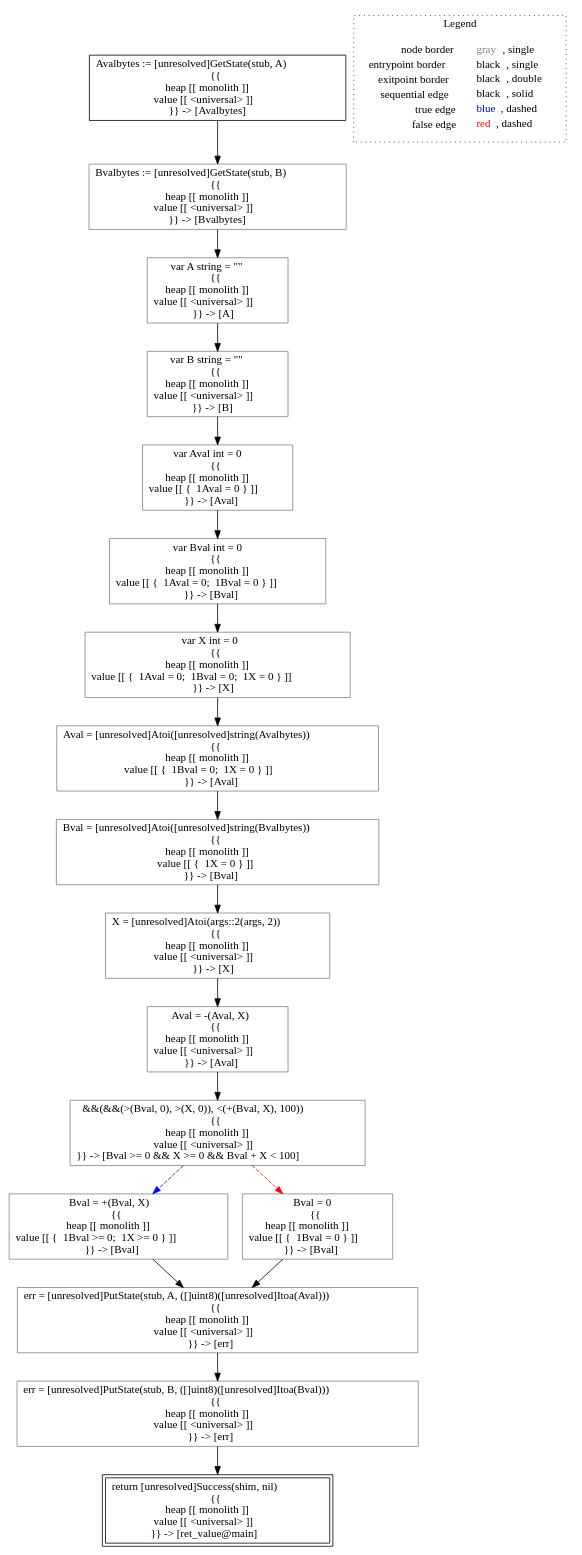
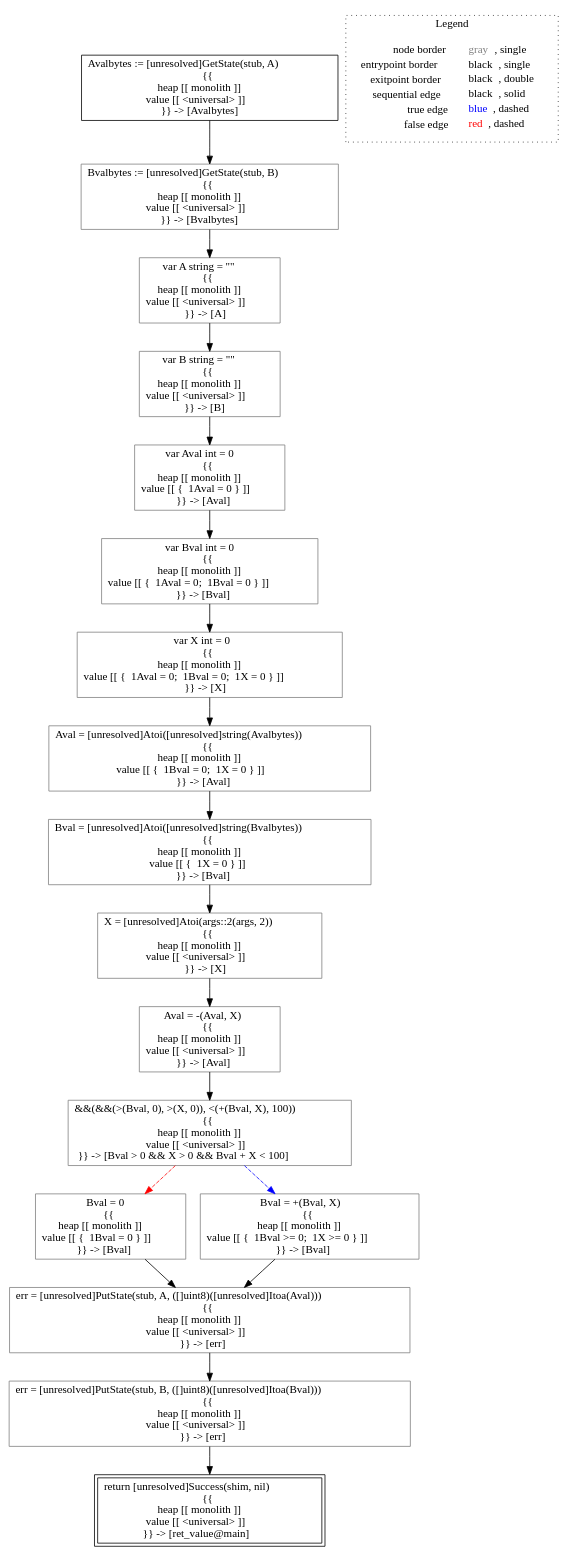
Before and after one commit to lisa-analyzer/go-lisa: the diagram in go-lisa/go-testcases/apron/sm2/protected/box/analysis___pb.Response_~LiSAProgram.main(shim.ChaincodeStubInterface_stub,_[]string_args).dot, drawn with Graphviz. The commit also changed 9 other files, not shown here.

```diff
--- a/go-lisa/go-testcases/apron/sm2/protected/box/analysis___pb.Response_~LiSAProgram.main(shim.ChaincodeStubInterface_stub,_[]string_args).dot
+++ b/go-lisa/go-testcases/apron/sm2/protected/box/analysis___pb.Response_~LiSAProgram.main(shim.ChaincodeStubInterface_stub,_[]string_args).dot
@@ -1,43 +1,43 @@
 digraph {
 	"node0" [shape="rect",color="black",label=<Avalbytes := [unresolved]GetState(stub, A)<BR/>{{<BR/>heap [[ monolith ]]<BR/>value [[ &lt;universal&gt; ]]<BR/>}} -&gt; [Avalbytes]>];
-	"node1" [shape="rect",color="gray",label=<var Aval int = 0<BR/>{{<BR/>heap [[ monolith ]]<BR/>value [[ {  1Aval = 0 } ]]<BR/>}} -&gt; [Aval]>];
-	"node2" [shape="rect",color="gray",label=<X = [unresolved]Atoi(args::2(args, 2))<BR/>{{<BR/>heap [[ monolith ]]<BR/>value [[ &lt;universal&gt; ]]<BR/>}} -&gt; [X]>];
-	"node3" [shape="rect",color="gray",label=<Bvalbytes := [unresolved]GetState(stub, B)<BR/>{{<BR/>heap [[ monolith ]]<BR/>value [[ &lt;universal&gt; ]]<BR/>}} -&gt; [Bvalbytes]>];
-	"node4" [shape="rect",color="gray",label=<Bval = [unresolved]Atoi([unresolved]string(Bvalbytes))<BR/>{{<BR/>heap [[ monolith ]]<BR/>value [[ {  1X = 0 } ]]<BR/>}} -&gt; [Bval]>];
-	"node5" [shape="rect",color="gray",label=<Bval = +(Bval, X)<BR/>{{<BR/>heap [[ monolith ]]<BR/>value [[ {  1Bval &gt;= 0;  1X &gt;= 0 } ]]<BR/>}} -&gt; [Bval]>];
-	"node6" [shape="rect",color="black",peripheries="2",label=<return [unresolved]Success(shim, nil)<BR/>{{<BR/>heap [[ monolith ]]<BR/>value [[ &lt;universal&gt; ]]<BR/>}} -&gt; [ret_value@main]>];
-	"node7" [shape="rect",color="gray",label=<var X int = 0<BR/>{{<BR/>heap [[ monolith ]]<BR/>value [[ {  1Aval = 0;  1Bval = 0;  1X = 0 } ]]<BR/>}} -&gt; [X]>];
-	"node8" [shape="rect",color="gray",label=<err = [unresolved]PutState(stub, B, ([]uint8)([unresolved]Itoa(Bval)))<BR/>{{<BR/>heap [[ monolith ]]<BR/>value [[ &lt;universal&gt; ]]<BR/>}} -&gt; [err]>];
-	"node9" [shape="rect",color="gray",label=<Aval = -(Aval, X)<BR/>{{<BR/>heap [[ monolith ]]<BR/>value [[ &lt;universal&gt; ]]<BR/>}} -&gt; [Aval]>];
-	"node10" [shape="rect",color="gray",label=<var Bval int = 0<BR/>{{<BR/>heap [[ monolith ]]<BR/>value [[ {  1Aval = 0;  1Bval = 0 } ]]<BR/>}} -&gt; [Bval]>];
-	"node11" [shape="rect",color="gray",label=<var B string = &quot;&quot;<BR/>{{<BR/>heap [[ monolith ]]<BR/>value [[ &lt;universal&gt; ]]<BR/>}} -&gt; [B]>];
-	"node12" [shape="rect",color="gray",label=<Bval = 0<BR/>{{<BR/>heap [[ monolith ]]<BR/>value [[ {  1Bval = 0 } ]]<BR/>}} -&gt; [Bval]>];
-	"node13" [shape="rect",color="gray",label=<&amp;&amp;(&amp;&amp;(&gt;(Bval, 0), &gt;(X, 0)), &lt;(+(Bval, X), 100))<BR/>{{<BR/>heap [[ monolith ]]<BR/>value [[ &lt;universal&gt; ]]<BR/>}} -&gt; [Bval &gt;= 0 &amp;&amp; X &gt;= 0 &amp;&amp; Bval + X &lt; 100]>];
-	"node14" [shape="rect",color="gray",label=<err = [unresolved]PutState(stub, A, ([]uint8)([unresolved]Itoa(Aval)))<BR/>{{<BR/>heap [[ monolith ]]<BR/>value [[ &lt;universal&gt; ]]<BR/>}} -&gt; [err]>];
-	"node15" [shape="rect",color="gray",label=<var A string = &quot;&quot;<BR/>{{<BR/>heap [[ monolith ]]<BR/>value [[ &lt;universal&gt; ]]<BR/>}} -&gt; [A]>];
-	"node16" [shape="rect",color="gray",label=<Aval = [unresolved]Atoi([unresolved]string(Avalbytes))<BR/>{{<BR/>heap [[ monolith ]]<BR/>value [[ {  1Bval = 0;  1X = 0 } ]]<BR/>}} -&gt; [Aval]>];
-	"node1" -> "node10" [color="black"];
-	"node2" -> "node9" [color="black"];
-	"node3" -> "node15" [color="black"];
+	"node1" [shape="rect",color="gray",label=<err = [unresolved]PutState(stub, B, ([]uint8)([unresolved]Itoa(Bval)))<BR/>{{<BR/>heap [[ monolith ]]<BR/>value [[ &lt;universal&gt; ]]<BR/>}} -&gt; [err]>];
+	"node2" [shape="rect",color="gray",label=<var Aval int = 0<BR/>{{<BR/>heap [[ monolith ]]<BR/>value [[ {  1Aval = 0 } ]]<BR/>}} -&gt; [Aval]>];
+	"node3" [shape="rect",color="gray",label=<err = [unresolved]PutState(stub, A, ([]uint8)([unresolved]Itoa(Aval)))<BR/>{{<BR/>heap [[ monolith ]]<BR/>value [[ &lt;universal&gt; ]]<BR/>}} -&gt; [err]>];
+	"node4" [shape="rect",color="gray",label=<var B string = &quot;&quot;<BR/>{{<BR/>heap [[ monolith ]]<BR/>value [[ &lt;universal&gt; ]]<BR/>}} -&gt; [B]>];
+	"node5" [shape="rect",color="gray",label=<Bval = 0<BR/>{{<BR/>heap [[ monolith ]]<BR/>value [[ {  1Bval = 0 } ]]<BR/>}} -&gt; [Bval]>];
+	"node6" [shape="rect",color="gray",label=<Aval = [unresolved]Atoi([unresolved]string(Avalbytes))<BR/>{{<BR/>heap [[ monolith ]]<BR/>value [[ {  1Bval = 0;  1X = 0 } ]]<BR/>}} -&gt; [Aval]>];
+	"node7" [shape="rect",color="black",peripheries="2",label=<return [unresolved]Success(shim, nil)<BR/>{{<BR/>heap [[ monolith ]]<BR/>value [[ &lt;universal&gt; ]]<BR/>}} -&gt; [ret_value@main]>];
+	"node8" [shape="rect",color="gray",label=<var Bval int = 0<BR/>{{<BR/>heap [[ monolith ]]<BR/>value [[ {  1Aval = 0;  1Bval = 0 } ]]<BR/>}} -&gt; [Bval]>];
+	"node9" [shape="rect",color="gray",label=<Bval = [unresolved]Atoi([unresolved]string(Bvalbytes))<BR/>{{<BR/>heap [[ monolith ]]<BR/>value [[ {  1X = 0 } ]]<BR/>}} -&gt; [Bval]>];
+	"node10" [shape="rect",color="gray",label=<&amp;&amp;(&amp;&amp;(&gt;(Bval, 0), &gt;(X, 0)), &lt;(+(Bval, X), 100))<BR/>{{<BR/>heap [[ monolith ]]<BR/>value [[ &lt;universal&gt; ]]<BR/>}} -&gt; [Bval &gt; 0 &amp;&amp; X &gt; 0 &amp;&amp; Bval + X &lt; 100]>];
+	"node11" [shape="rect",color="gray",label=<var X int = 0<BR/>{{<BR/>heap [[ monolith ]]<BR/>value [[ {  1Aval = 0;  1Bval = 0;  1X = 0 } ]]<BR/>}} -&gt; [X]>];
+	"node12" [shape="rect",color="gray",label=<Aval = -(Aval, X)<BR/>{{<BR/>heap [[ monolith ]]<BR/>value [[ &lt;universal&gt; ]]<BR/>}} -&gt; [Aval]>];
+	"node13" [shape="rect",color="gray",label=<X = [unresolved]Atoi(args::2(args, 2))<BR/>{{<BR/>heap [[ monolith ]]<BR/>value [[ &lt;universal&gt; ]]<BR/>}} -&gt; [X]>];
+	"node14" [shape="rect",color="gray",label=<Bvalbytes := [unresolved]GetState(stub, B)<BR/>{{<BR/>heap [[ monolith ]]<BR/>value [[ &lt;universal&gt; ]]<BR/>}} -&gt; [Bvalbytes]>];
+	"node15" [shape="rect",color="gray",label=<Bval = +(Bval, X)<BR/>{{<BR/>heap [[ monolith ]]<BR/>value [[ {  1Bval &gt;= 0;  1X &gt;= 0 } ]]<BR/>}} -&gt; [Bval]>];
+	"node16" [shape="rect",color="gray",label=<var A string = &quot;&quot;<BR/>{{<BR/>heap [[ monolith ]]<BR/>value [[ &lt;universal&gt; ]]<BR/>}} -&gt; [A]>];
+	"node1" -> "node7" [color="black"];
+	"node2" -> "node8" [color="black"];
+	"node3" -> "node1" [color="black"];
 	"node4" -> "node2" [color="black"];
-	"node5" -> "node14" [color="black"];
-	"node0" -> "node3" [color="black"];
-	"node7" -> "node16" [color="black"];
-	"node8" -> "node6" [color="black"];
+	"node5" -> "node3" [color="black"];
+	"node6" -> "node9" [color="black"];
+	"node8" -> "node11" [color="black"];
 	"node9" -> "node13" [color="black"];
-	"node10" -> "node7" [color="black"];
-	"node11" -> "node1" [color="black"];
-	"node12" -> "node14" [color="black"];
-	"node13" -> "node5" [color="blue",style="dashed"];
-	"node13" -> "node12" [color="red",style="dashed"];
-	"node14" -> "node8" [color="black"];
-	"node15" -> "node11" [color="black"];
+	"node10" -> "node5" [color="red",style="dashed"];
+	"node10" -> "node15" [color="blue",style="dashed"];
+	"node11" -> "node6" [color="black"];
+	"node12" -> "node10" [color="black"];
+	"node13" -> "node12" [color="black"];
+	"node14" -> "node16" [color="black"];
+	"node0" -> "node14" [color="black"];
+	"node15" -> "node3" [color="black"];
 	"node16" -> "node4" [color="black"];
 subgraph cluster_legend {
 	label="Legend";
 	style=dotted;
 	node [shape=plaintext];
 	"legend" [label=<<table border="0" cellpadding="2" cellspacing="0" cellborder="0"><tr><td align="right">node border&nbsp;</td><td align="left"><font color="gray">gray</font>, single</td></tr><tr><td align="right">entrypoint border&nbsp;</td><td align="left"><font color="black">black</font>, single</td></tr><tr><td align="right">exitpoint border&nbsp;</td><td align="left"><font color="black">black</font>, double</td></tr><tr><td align="right">sequential edge&nbsp;</td><td align="left"><font color="black">black</font>, solid</td></tr><tr><td align="right">true edge&nbsp;</td><td align="left"><font color="blue">blue</font>, dashed</td></tr><tr><td align="right">false edge&nbsp;</td><td align="left"><font color="red">red</font>, dashed</td></tr></table>>];
 }
 
 }
```
